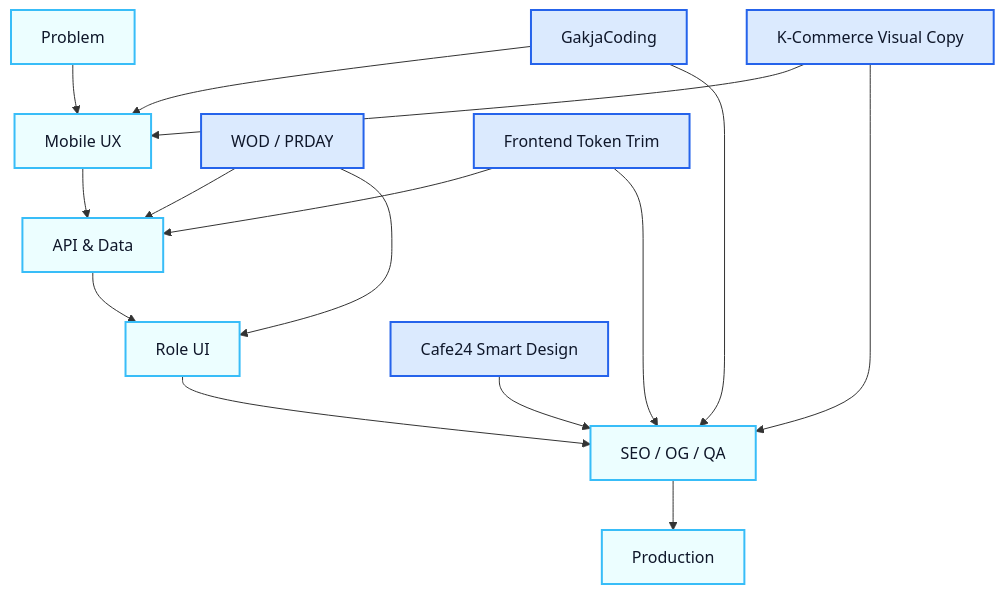
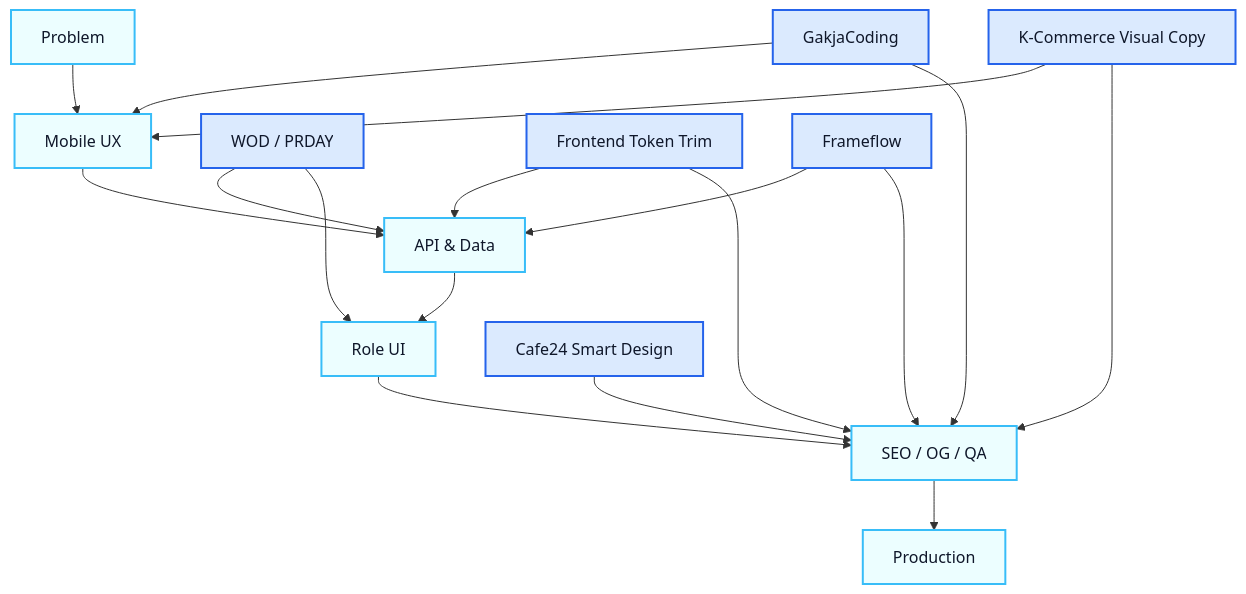
One commit to kimyoungwopo/kimyoungwopo changed the diagram in README.md. Above: the diagram before and after it, drawn with Mermaid. The commit also changed other lines of this file, not shown here.

Commit message:
docs: feature Frameflow and refresh open-source profile

````diff
--- a/README.md
+++ b/README.md
@@ -135,23 +147,25 @@
 ```mermaid
 flowchart TD
   A[Problem] --> B[Mobile UX]
   B --> C[API & Data]
   C --> D[Role UI]
   D --> E[SEO / OG / QA]
   E --> F[Production]
 
   G[GakjaCoding] --> B
   G --> E
   W[WOD / PRDAY] --> C
   W --> D
   CAFE[Cafe24 Smart Design] --> E
   TOKEN[Frontend Token Trim] --> C
   TOKEN --> E
   COMMERCE[K-Commerce Visual Copy] --> B
   COMMERCE --> E
+  FRAME[Frameflow] --> C
+  FRAME --> E
 
   classDef product fill:#DBEAFE,stroke:#2563EB,color:#0F172A,stroke-width:2px;
   classDef system fill:#ECFEFF,stroke:#38BDF8,color:#0F172A,stroke-width:2px;
-  class G,W,CAFE,TOKEN,COMMERCE product;
+  class G,W,CAFE,TOKEN,COMMERCE,FRAME product;
   class A,B,C,D,E,F system;
 ```
````
